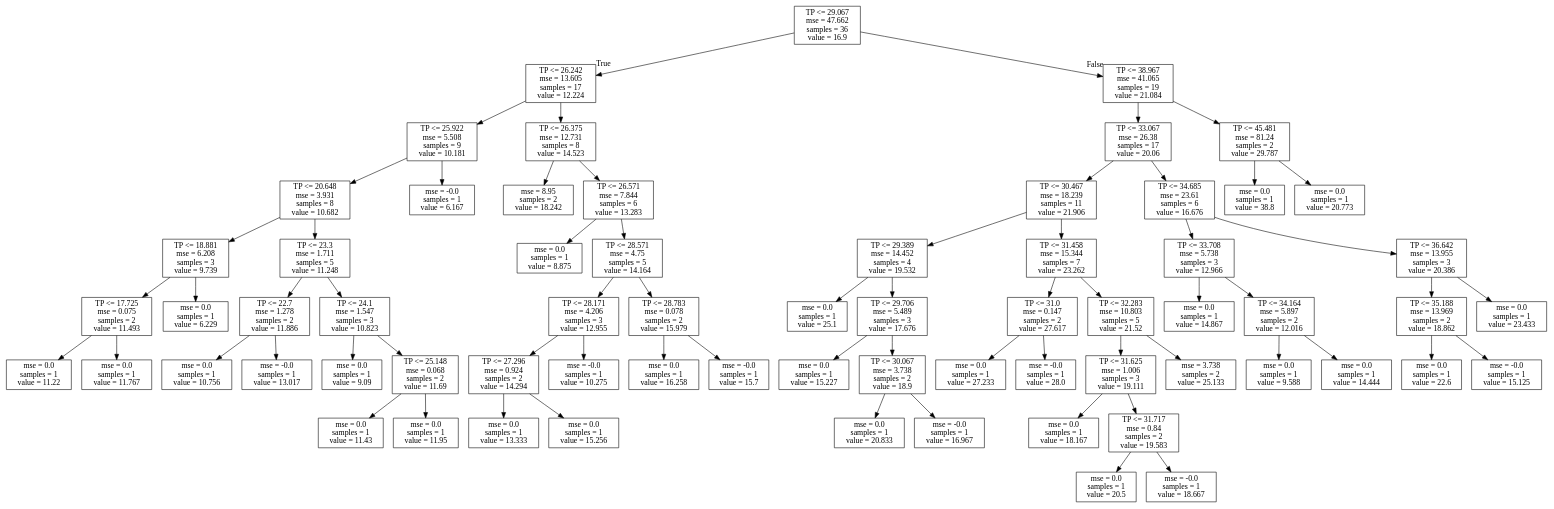
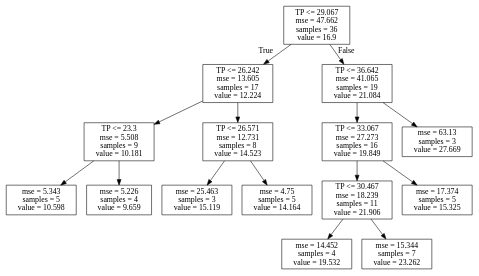
One commit to icra/WATExR changed the diagram in Norway_Morsa/Model_Development/Figures/Discretization_regTrees/aut_chla-TP.dot. Above: the diagram before and after it, drawn with Graphviz. The commit also changed 56 other files, not shown here.

```diff
--- a/Norway_Morsa/Model_Development/Figures/Discretization_regTrees/aut_chla-TP.dot
+++ b/Norway_Morsa/Model_Development/Figures/Discretization_regTrees/aut_chla-TP.dot
@@ -1,136 +1,32 @@
 digraph Tree {
 node [shape=box] ;
 0 [label="TP <= 29.067\nmse = 47.662\nsamples = 36\nvalue = 16.9"] ;
 1 [label="TP <= 26.242\nmse = 13.605\nsamples = 17\nvalue = 12.224"] ;
 0 -> 1 [labeldistance=2.5, labelangle=45, headlabel="True"] ;
-2 [label="TP <= 25.922\nmse = 5.508\nsamples = 9\nvalue = 10.181"] ;
-1 -> 2 ;
-3 [label="TP <= 20.648\nmse = 3.931\nsamples = 8\nvalue = 10.682"] ;
+7 [label="TP <= 23.3\nmse = 5.508\nsamples = 9\nvalue = 10.181"] ;
+1 -> 7 ;
+11 [label="mse = 5.343\nsamples = 5\nvalue = 10.598"] ;
+7 -> 11 ;
+12 [label="mse = 5.226\nsamples = 4\nvalue = 9.659"] ;
+7 -> 12 ;
+8 [label="TP <= 26.571\nmse = 12.731\nsamples = 8\nvalue = 14.523"] ;
+1 -> 8 ;
+13 [label="mse = 25.463\nsamples = 3\nvalue = 15.119"] ;
+8 -> 13 ;
+14 [label="mse = 4.75\nsamples = 5\nvalue = 14.164"] ;
+8 -> 14 ;
+2 [label="TP <= 36.642\nmse = 41.065\nsamples = 19\nvalue = 21.084"] ;
+0 -> 2 [labeldistance=2.5, labelangle=-45, headlabel="False"] ;
+3 [label="TP <= 33.067\nmse = 27.273\nsamples = 16\nvalue = 19.849"] ;
 2 -> 3 ;
-4 [label="TP <= 18.881\nmse = 6.208\nsamples = 3\nvalue = 9.739"] ;
-3 -> 4 ;
-5 [label="TP <= 17.725\nmse = 0.075\nsamples = 2\nvalue = 11.493"] ;
-4 -> 5 ;
-6 [label="mse = 0.0\nsamples = 1\nvalue = 11.22"] ;
-5 -> 6 ;
-7 [label="mse = 0.0\nsamples = 1\nvalue = 11.767"] ;
-5 -> 7 ;
-8 [label="mse = 0.0\nsamples = 1\nvalue = 6.229"] ;
-4 -> 8 ;
-9 [label="TP <= 23.3\nmse = 1.711\nsamples = 5\nvalue = 11.248"] ;
-3 -> 9 ;
-10 [label="TP <= 22.7\nmse = 1.278\nsamples = 2\nvalue = 11.886"] ;
-9 -> 10 ;
-11 [label="mse = 0.0\nsamples = 1\nvalue = 10.756"] ;
-10 -> 11 ;
-12 [label="mse = -0.0\nsamples = 1\nvalue = 13.017"] ;
-10 -> 12 ;
-13 [label="TP <= 24.1\nmse = 1.547\nsamples = 3\nvalue = 10.823"] ;
-9 -> 13 ;
-14 [label="mse = 0.0\nsamples = 1\nvalue = 9.09"] ;
-13 -> 14 ;
-15 [label="TP <= 25.148\nmse = 0.068\nsamples = 2\nvalue = 11.69"] ;
-13 -> 15 ;
-16 [label="mse = 0.0\nsamples = 1\nvalue = 11.43"] ;
-15 -> 16 ;
-17 [label="mse = 0.0\nsamples = 1\nvalue = 11.95"] ;
-15 -> 17 ;
-18 [label="mse = -0.0\nsamples = 1\nvalue = 6.167"] ;
-2 -> 18 ;
-19 [label="TP <= 26.375\nmse = 12.731\nsamples = 8\nvalue = 14.523"] ;
-1 -> 19 ;
-20 [label="mse = 8.95\nsamples = 2\nvalue = 18.242"] ;
-19 -> 20 ;
-21 [label="TP <= 26.571\nmse = 7.844\nsamples = 6\nvalue = 13.283"] ;
-19 -> 21 ;
-22 [label="mse = 0.0\nsamples = 1\nvalue = 8.875"] ;
-21 -> 22 ;
-23 [label="TP <= 28.571\nmse = 4.75\nsamples = 5\nvalue = 14.164"] ;
-21 -> 23 ;
-24 [label="TP <= 28.171\nmse = 4.206\nsamples = 3\nvalue = 12.955"] ;
-23 -> 24 ;
-25 [label="TP <= 27.296\nmse = 0.924\nsamples = 2\nvalue = 14.294"] ;
-24 -> 25 ;
-26 [label="mse = 0.0\nsamples = 1\nvalue = 13.333"] ;
-25 -> 26 ;
-27 [label="mse = 0.0\nsamples = 1\nvalue = 15.256"] ;
-25 -> 27 ;
-28 [label="mse = -0.0\nsamples = 1\nvalue = 10.275"] ;
-24 -> 28 ;
-29 [label="TP <= 28.783\nmse = 0.078\nsamples = 2\nvalue = 15.979"] ;
-23 -> 29 ;
-30 [label="mse = 0.0\nsamples = 1\nvalue = 16.258"] ;
-29 -> 30 ;
-31 [label="mse = -0.0\nsamples = 1\nvalue = 15.7"] ;
-29 -> 31 ;
-32 [label="TP <= 38.967\nmse = 41.065\nsamples = 19\nvalue = 21.084"] ;
-0 -> 32 [labeldistance=2.5, labelangle=-45, headlabel="False"] ;
-33 [label="TP <= 33.067\nmse = 26.38\nsamples = 17\nvalue = 20.06"] ;
-32 -> 33 ;
-34 [label="TP <= 30.467\nmse = 18.239\nsamples = 11\nvalue = 21.906"] ;
-33 -> 34 ;
-35 [label="TP <= 29.389\nmse = 14.452\nsamples = 4\nvalue = 19.532"] ;
-34 -> 35 ;
-36 [label="mse = 0.0\nsamples = 1\nvalue = 25.1"] ;
-35 -> 36 ;
-37 [label="TP <= 29.706\nmse = 5.489\nsamples = 3\nvalue = 17.676"] ;
-35 -> 37 ;
-38 [label="mse = 0.0\nsamples = 1\nvalue = 15.227"] ;
-37 -> 38 ;
-39 [label="TP <= 30.067\nmse = 3.738\nsamples = 2\nvalue = 18.9"] ;
-37 -> 39 ;
-40 [label="mse = 0.0\nsamples = 1\nvalue = 20.833"] ;
-39 -> 40 ;
-41 [label="mse = -0.0\nsamples = 1\nvalue = 16.967"] ;
-39 -> 41 ;
-42 [label="TP <= 31.458\nmse = 15.344\nsamples = 7\nvalue = 23.262"] ;
-34 -> 42 ;
-43 [label="TP <= 31.0\nmse = 0.147\nsamples = 2\nvalue = 27.617"] ;
-42 -> 43 ;
-44 [label="mse = 0.0\nsamples = 1\nvalue = 27.233"] ;
-43 -> 44 ;
-45 [label="mse = -0.0\nsamples = 1\nvalue = 28.0"] ;
-43 -> 45 ;
-46 [label="TP <= 32.283\nmse = 10.803\nsamples = 5\nvalue = 21.52"] ;
-42 -> 46 ;
-47 [label="TP <= 31.625\nmse = 1.006\nsamples = 3\nvalue = 19.111"] ;
-46 -> 47 ;
-48 [label="mse = 0.0\nsamples = 1\nvalue = 18.167"] ;
-47 -> 48 ;
-49 [label="TP <= 31.717\nmse = 0.84\nsamples = 2\nvalue = 19.583"] ;
-47 -> 49 ;
-50 [label="mse = 0.0\nsamples = 1\nvalue = 20.5"] ;
-49 -> 50 ;
-51 [label="mse = -0.0\nsamples = 1\nvalue = 18.667"] ;
-49 -> 51 ;
-52 [label="mse = 3.738\nsamples = 2\nvalue = 25.133"] ;
-46 -> 52 ;
-53 [label="TP <= 34.685\nmse = 23.61\nsamples = 6\nvalue = 16.676"] ;
-33 -> 53 ;
-54 [label="TP <= 33.708\nmse = 5.738\nsamples = 3\nvalue = 12.966"] ;
-53 -> 54 ;
-55 [label="mse = 0.0\nsamples = 1\nvalue = 14.867"] ;
-54 -> 55 ;
-56 [label="TP <= 34.164\nmse = 5.897\nsamples = 2\nvalue = 12.016"] ;
-54 -> 56 ;
-57 [label="mse = 0.0\nsamples = 1\nvalue = 9.588"] ;
-56 -> 57 ;
-58 [label="mse = 0.0\nsamples = 1\nvalue = 14.444"] ;
-56 -> 58 ;
-59 [label="TP <= 36.642\nmse = 13.955\nsamples = 3\nvalue = 20.386"] ;
-53 -> 59 ;
-60 [label="TP <= 35.188\nmse = 13.969\nsamples = 2\nvalue = 18.862"] ;
-59 -> 60 ;
-61 [label="mse = 0.0\nsamples = 1\nvalue = 22.6"] ;
-60 -> 61 ;
-62 [label="mse = -0.0\nsamples = 1\nvalue = 15.125"] ;
-60 -> 62 ;
-63 [label="mse = 0.0\nsamples = 1\nvalue = 23.433"] ;
-59 -> 63 ;
-64 [label="TP <= 45.481\nmse = 81.24\nsamples = 2\nvalue = 29.787"] ;
-32 -> 64 ;
-65 [label="mse = 0.0\nsamples = 1\nvalue = 38.8"] ;
-64 -> 65 ;
-66 [label="mse = 0.0\nsamples = 1\nvalue = 20.773"] ;
-64 -> 66 ;
+5 [label="TP <= 30.467\nmse = 18.239\nsamples = 11\nvalue = 21.906"] ;
+3 -> 5 ;
+9 [label="mse = 14.452\nsamples = 4\nvalue = 19.532"] ;
+5 -> 9 ;
+10 [label="mse = 15.344\nsamples = 7\nvalue = 23.262"] ;
+5 -> 10 ;
+6 [label="mse = 17.374\nsamples = 5\nvalue = 15.325"] ;
+3 -> 6 ;
+4 [label="mse = 63.13\nsamples = 3\nvalue = 27.669"] ;
+2 -> 4 ;
 }
```
